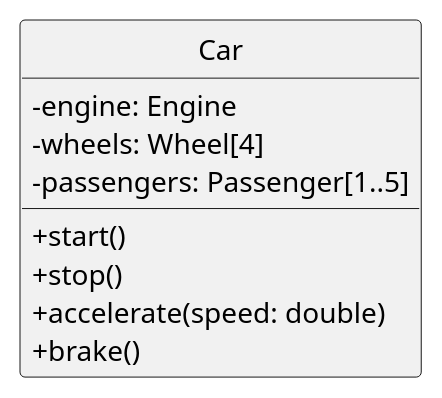
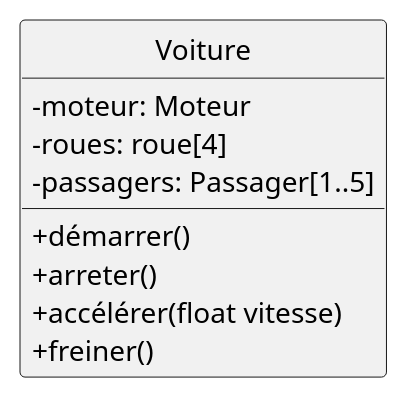
One commit to gigl-uml/Guide_uml_polymtl changed the diagram in plant_uml/attributesInlineExample.plantuml. Above: the diagram before and after it, drawn with PlantUML. The commit also changed 18 other files, not shown here.

```diff
--- a/plant_uml/attributesInlineExample.plantuml
+++ b/plant_uml/attributesInlineExample.plantuml
@@ -1,15 +1,15 @@
 @startuml
 skinparam backgroundcolor transparent
 hide circle
 skinparam classAttributeIconSize 0
 
-class Car {
-  - engine: Engine
-  - wheels: Wheel[4]
-  - passengers: Passenger[1..5]
-  + start()
-  + stop()
-  + accelerate(speed: double)
-  + brake()
+class Voiture {
+  - moteur: Moteur
+  - roues: roue[4]
+  - passagers: Passager[1..5]
+  + démarrer()
+  + arreter()
+  + accélérer(float vitesse)
+  + freiner()
 }
 @enduml
```
